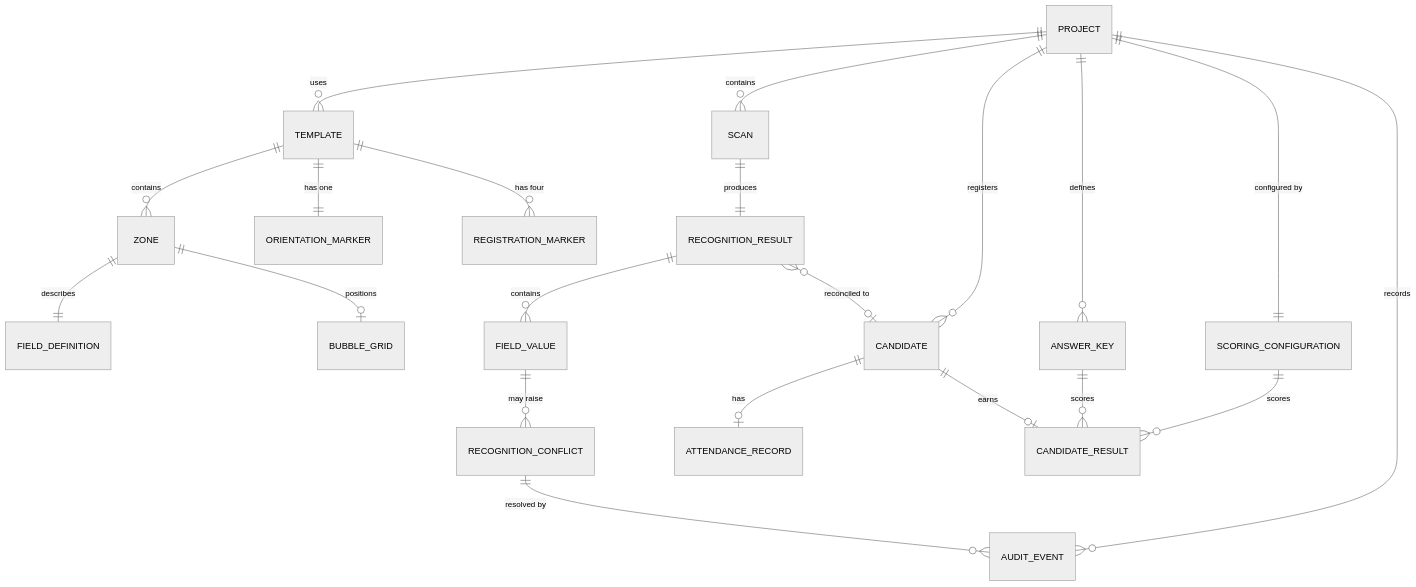
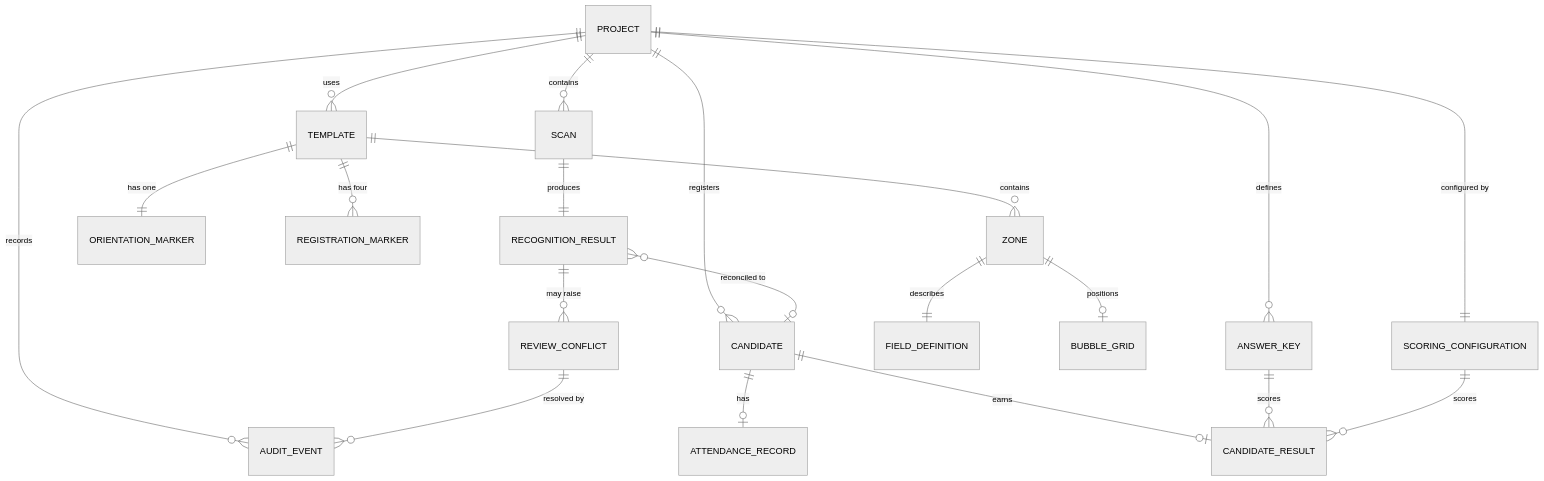
The diagram in docs/DATA_MODEL.md (sajidbuet/OMRFlow), drawn with Mermaid (neutral theme) before and after one commit. The commit also changed other lines of this file and 41 other files, not shown here.

````diff
--- a/docs/DATA_MODEL.md
+++ b/docs/DATA_MODEL.md
@@ -31,26 +32,25 @@
 ```mermaid
 erDiagram
     PROJECT ||--o{ TEMPLATE : "uses"
     PROJECT ||--o{ SCAN : "contains"
     PROJECT ||--o{ CANDIDATE : "registers"
     PROJECT ||--o{ ANSWER_KEY : "defines"
     PROJECT ||--|| SCORING_CONFIGURATION : "configured by"
     PROJECT ||--o{ AUDIT_EVENT : "records"
 
     TEMPLATE ||--o{ ZONE : "contains"
     TEMPLATE ||--|| ORIENTATION_MARKER : "has one"
     TEMPLATE ||--o{ REGISTRATION_MARKER : "has four"
     ZONE ||--|| FIELD_DEFINITION : "describes"
     ZONE ||--o| BUBBLE_GRID : "positions"
 
     SCAN ||--|| RECOGNITION_RESULT : "produces"
-    RECOGNITION_RESULT ||--o{ FIELD_VALUE : "contains"
-    FIELD_VALUE ||--o{ RECOGNITION_CONFLICT : "may raise"
-    RECOGNITION_CONFLICT ||--o{ AUDIT_EVENT : "resolved by"
+    RECOGNITION_RESULT ||--o{ REVIEW_CONFLICT : "may raise"
+    REVIEW_CONFLICT ||--o{ AUDIT_EVENT : "resolved by"
 
     CANDIDATE ||--o| ATTENDANCE_RECORD : "has"
     CANDIDATE ||--o| CANDIDATE_RESULT : "earns"
     RECOGNITION_RESULT }o--o| CANDIDATE : "reconciled to"
     ANSWER_KEY ||--o{ CANDIDATE_RESULT : "scores"
     SCORING_CONFIGURATION ||--o{ CANDIDATE_RESULT : "scores"
 ```
````
